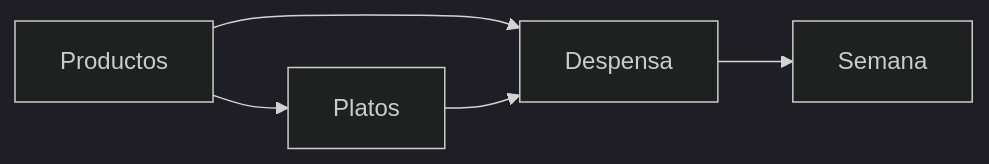
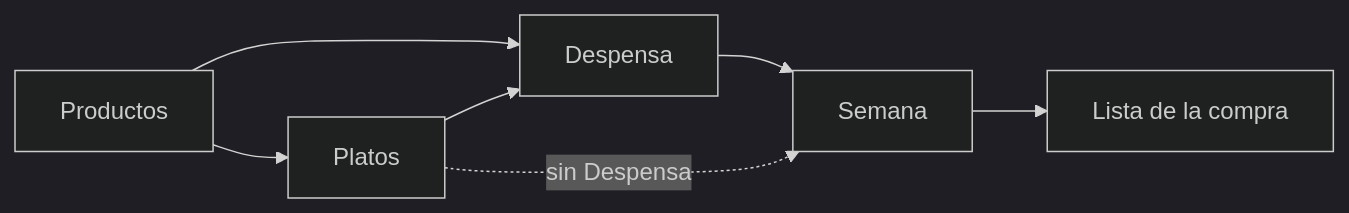
The diagram in README.md (martamacfly/comi2), drawn with Mermaid (dark theme) before and after one commit. The commit also changed other lines of this file and 22 other files, not shown here.

First line of the commit message:
feat: menú de Opciones con Despensa, Lista de la compra y Recetas

````diff
--- a/README.md
+++ b/README.md
@@ -53,7 +35,9 @@
 ```mermaid
 flowchart LR
   Productos[Productos] --> Platos[Platos]
   Productos --> Despensa[Despensa]
   Platos --> Despensa
   Despensa --> Semana[Semana]
+  Platos -. sin Despensa .-> Semana
+  Semana --> Lista[Lista de la compra]
 ```
````
